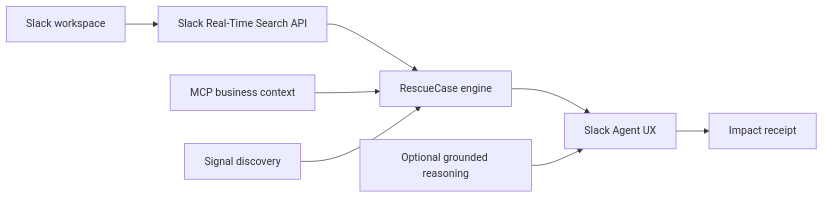
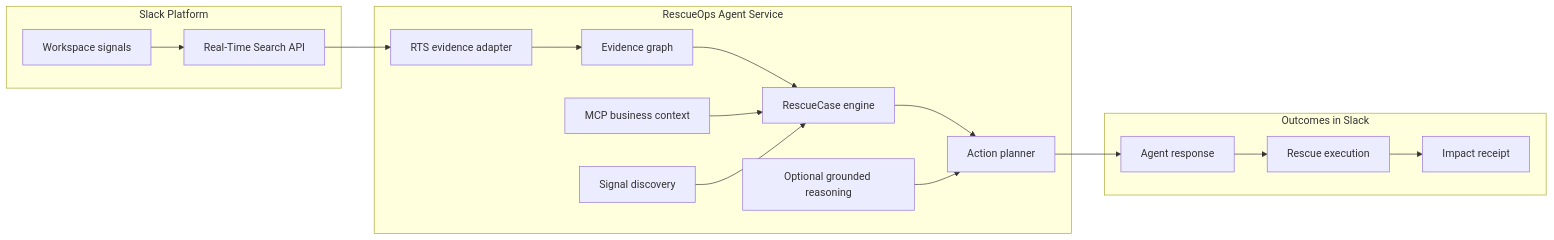
One commit to arpitraval/rescueops-revenue-rescue-agent changed the first of 2 diagrams in ARCHITECTURE.md. Above: the diagram before and after it, drawn with Mermaid. The commit also changed 1 other file, not shown here.

Commit message:
Redesign architecture diagram with clear system boundaries

````diff
--- a/ARCHITECTURE.md
+++ b/ARCHITECTURE.md
@@ -5,10 +5,23 @@
 ```mermaid
 flowchart LR
-    A["Slack workspace"] --> B["Slack Real-Time Search API"]
-    B --> C["RescueCase engine"]
-    C --> D["Slack Agent UX"]
-    D --> E["Impact receipt"]
-    F["MCP business context"] --> C
-    G["Signal discovery"] --> C
-    H["Optional grounded reasoning"] --> D
+    subgraph S["Slack Platform"]
+        A["Workspace signals"] --> B["Real-Time Search API"]
+    end
+
+    subgraph R["RescueOps Agent Service"]
+        C["RTS evidence adapter"] --> D["Evidence graph"]
+        D --> E["RescueCase engine"]
+        E --> F["Action planner"]
+        G["MCP business context"] --> E
+        H["Signal discovery"] --> E
+        I["Optional grounded reasoning"] --> F
+    end
+
+    subgraph O["Outcomes in Slack"]
+        J["Agent response"] --> K["Rescue execution"]
+        K --> L["Impact receipt"]
+    end
+
+    B --> C
+    F --> J
 ```
````
